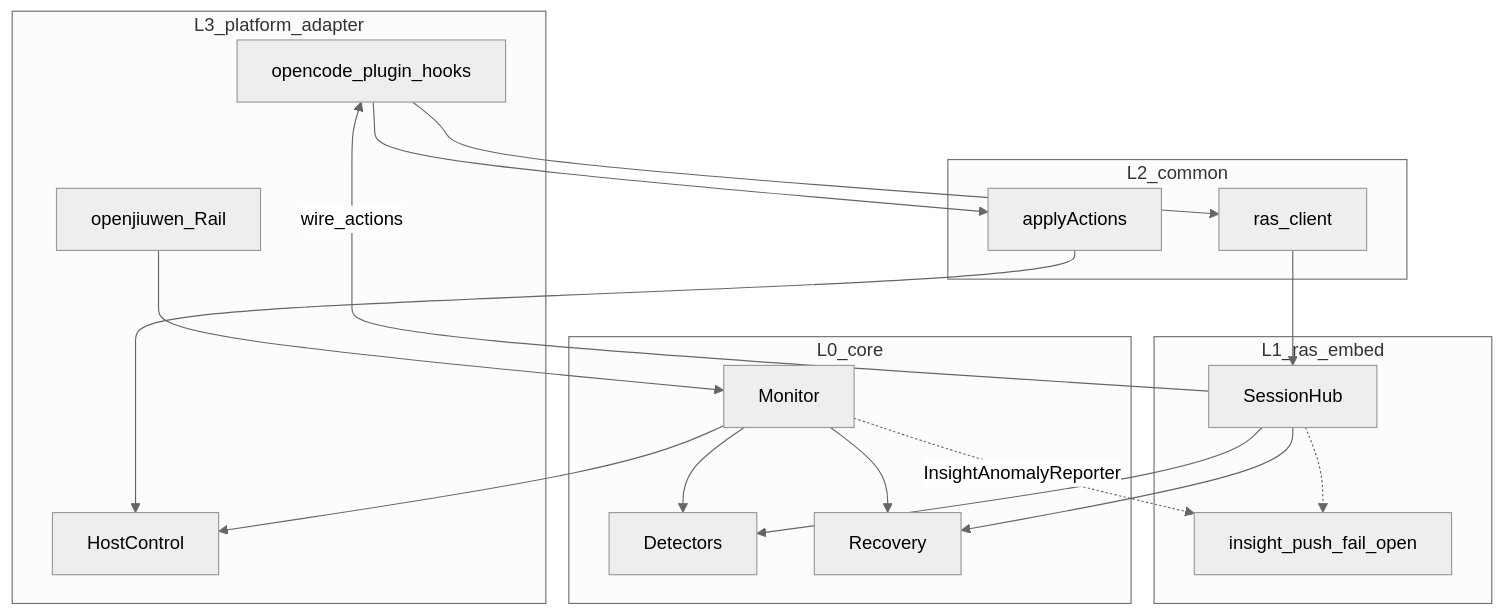
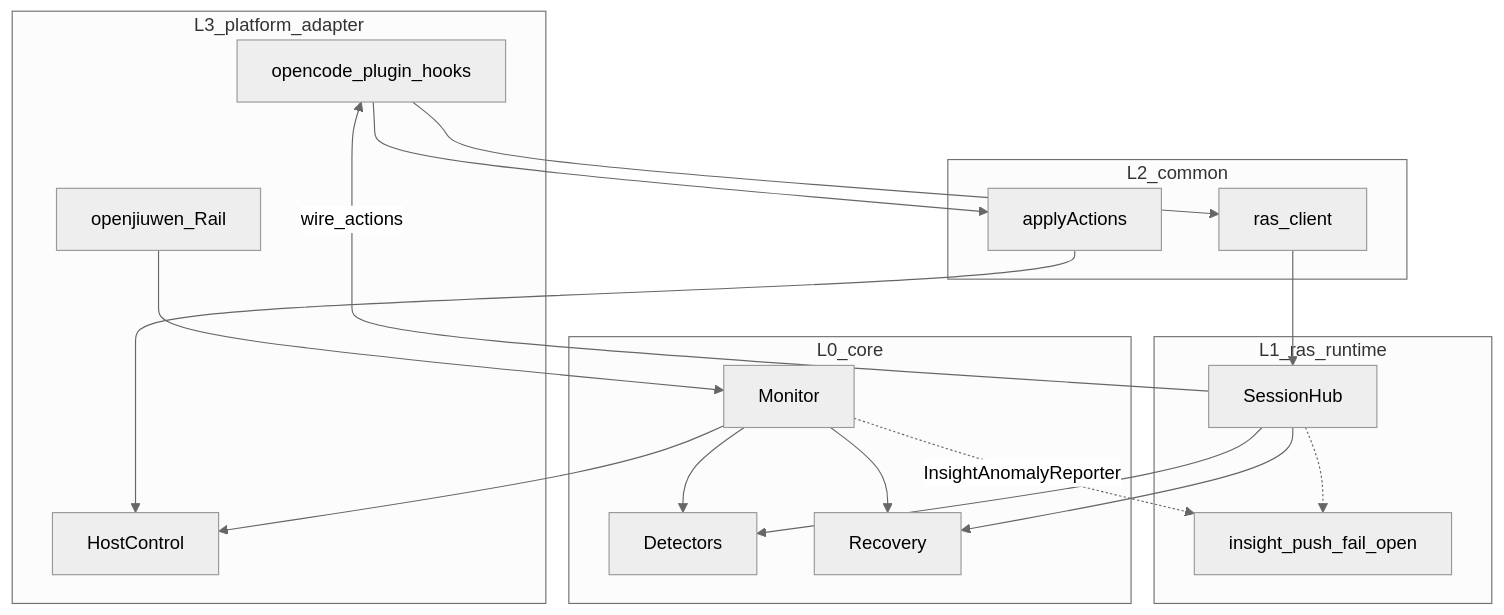
One commit to openeuler-mirror/agent-insight changed the first of 8 diagrams in docs/agent-ras/designs/architecture.md. Above: the diagram before and after it, drawn with Mermaid (neutral theme). The commit also changed other lines of this file and 18 other files, not shown here.

First line of the commit message:
docs(ras): 同步分层搬家与 ras_runtime 更名后的文档引用

````diff
--- a/docs/agent-ras/designs/architecture.md
+++ b/docs/agent-ras/designs/architecture.md
@@ -30,34 +30,34 @@
 ```mermaid
 flowchart TB
   subgraph L3 [L3_platform_adapter]
     Rail[openjiuwen_Rail]
     Plugin[opencode_plugin_hooks]
     Host[HostControl]
   end
   subgraph L2 [L2_common]
     Client[ras_client]
     Apply[applyActions]
   end
-  subgraph L1 [L1_ras_embed]
+  subgraph L1 [L1_ras_runtime]
     Hub[SessionHub]
     Push[insight_push_fail_open]
   end
   subgraph L0 [L0_core]
     Mon[Monitor]
     Det[Detectors]
     Rec[Recovery]
   end
   Rail --> Mon
   Mon --> Det
   Mon --> Rec
   Mon --> Host
   Plugin --> Client
   Client --> Hub
   Hub --> Det
   Hub --> Rec
   Hub -->|wire_actions| Plugin
   Plugin --> Apply
   Apply --> Host
   Hub -.-> Push
   Mon -.->|"InsightAnomalyReporter"| Push
 ```
````
